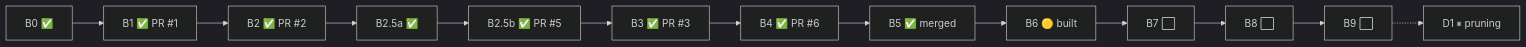
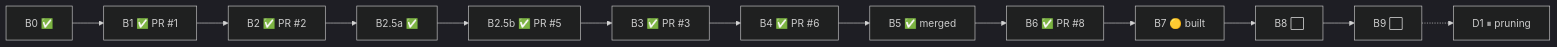
The diagram in memory.md (bhanot-99/NeuroPACA), drawn with Mermaid (dark theme) before and after one commit. The commit also changed other lines of this file and 29 other files, not shown here.

````diff
--- a/memory.md
+++ b/memory.md
@@ -15,5 +15,5 @@
 ```mermaid
 flowchart LR
-    B0["B0 ✅"] --> B1["B1 ✅ PR #1"] --> B2["B2 ✅ PR #2"] --> B25a["B2.5a ✅"] --> B25b["B2.5b ✅ PR #5"] --> B3["B3 ✅ PR #3"] --> B4["B4 ✅ PR #6"] --> B5["B5 ✅ merged"] --> B6["B6 🟡 built"] --> B7["B7 ⬜"] --> B8["B8 ⬜"] --> B9["B9 ⬜"]
+    B0["B0 ✅"] --> B1["B1 ✅ PR #1"] --> B2["B2 ✅ PR #2"] --> B25a["B2.5a ✅"] --> B25b["B2.5b ✅ PR #5"] --> B3["B3 ✅ PR #3"] --> B4["B4 ✅ PR #6"] --> B5["B5 ✅ merged"] --> B6["B6 ✅ PR #8"] --> B7["B7 🟡 built"] --> B8["B8 ⬜"] --> B9["B9 ⬜"]
     B9 -.-> D1["D1 ⏸ pruning"]
 ```
````
